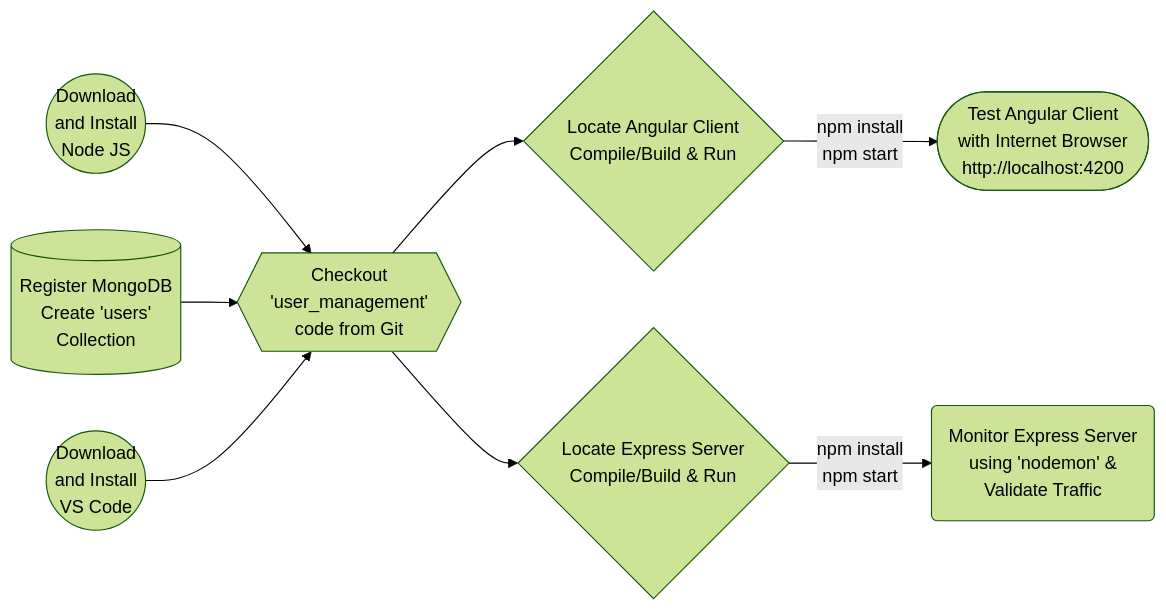
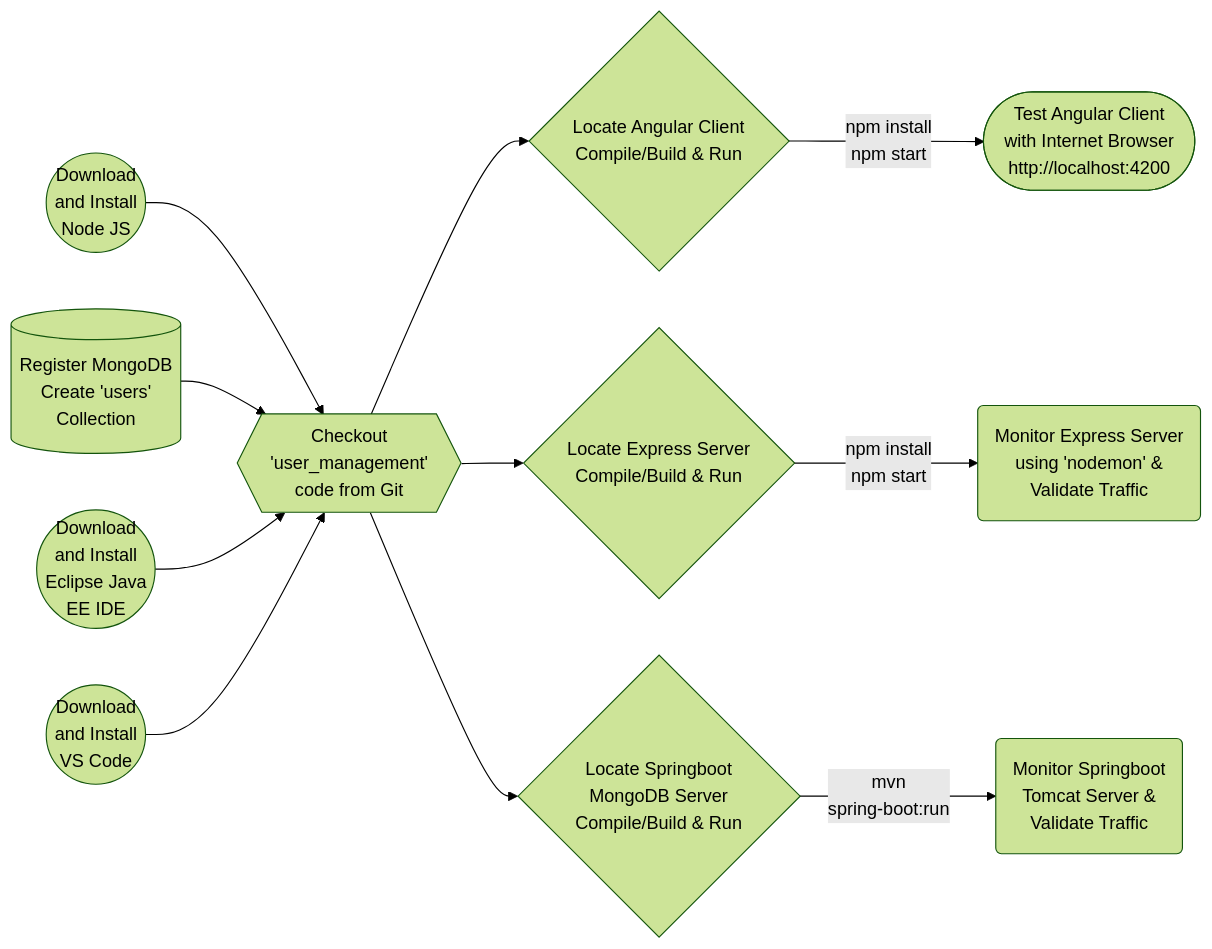
One commit to lalumastan/user_management changed the diagram in README.md. Above: the diagram before and after it, drawn with Mermaid (forest theme). The commit also changed other lines of this file and 24 other files, not shown here.

````diff
--- a/README.md
+++ b/README.md
@@ -19,17 +32,34 @@
 ```mermaid
+
+  
 
 graph LR
 
+  
+
 A((Download<br/>and Install<br/>Node JS)) --> D
+
+  
 
 B[(Register MongoDB<br/>Create 'users'<br/>Collection)] --> D
 
+I((Download<br/>and Install<br/>Eclipse Java<br/>EE IDE )) --> D
+
 C((Download<br/>and Install<br/>VS Code)) -->
+ 
 
 D{{Checkout<br/>'user_management'<br/>code from Git}} -->
 
+  
+
 E{Locate Angular Client<br/>Compile/Build & Run} -- npm install<br/>npm start --> F([Test Angular Client<br/>with Internet Browser<br/>http://localhost:4200])
+
+  
 
 D --> G{Locate Express Server<br/>Compile/Build & Run} -- npm install<br/>npm start --> H(Monitor Express Server<br/>using 'nodemon' &<br/>Validate Traffic)
 
+D --> J{Locate Springboot<br/>MongoDB Server<br/>Compile/Build & Run} -- mvn <br/>spring-boot:run --> K(Monitor Springboot<br/>Tomcat Server &<br/>Validate Traffic)
+
+  
+
 ```
````
